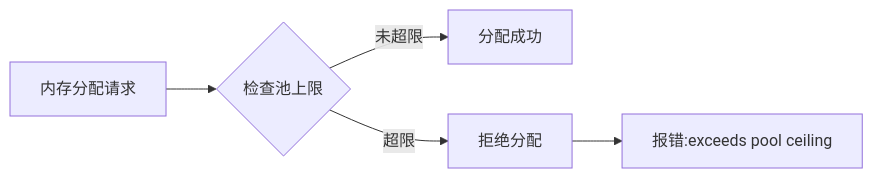
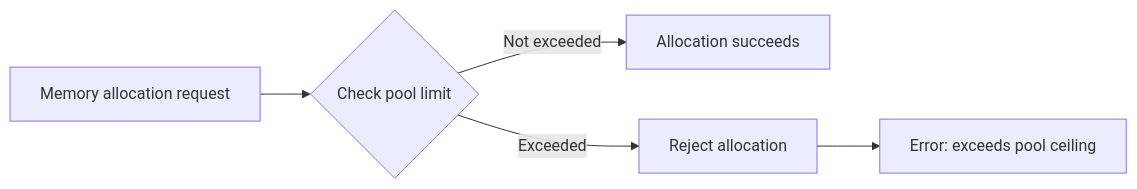
The first of 4 diagrams in test/hccl_vm/docs/faq/modules/faq_en.md (Atlas-Ascend-Fork/hcomm), drawn with Mermaid before and after one commit. The commit also changed other lines of this file and 73 other files, not shown here.

````diff
--- a/test/hccl_vm/docs/faq/modules/faq_en.md
+++ b/test/hccl_vm/docs/faq/modules/faq_en.md
@@ -370,7 +370,7 @@
 ```mermaid
 graph LR
-    A[内存分配请求] --> B{检查池上限}
-    B -->|未超限| C[分配成功]
-    B -->|超限| D[拒绝分配]
-    D --> E[报错:exceeds pool ceiling]
+    A[Memory allocation request] --> B{Check pool limit}
+    B -->|Not exceeded| C[Allocation succeeds]
+    B -->|Exceeded| D[Reject allocation]
+    D --> E[Error: exceeds pool ceiling]
 ```
````
